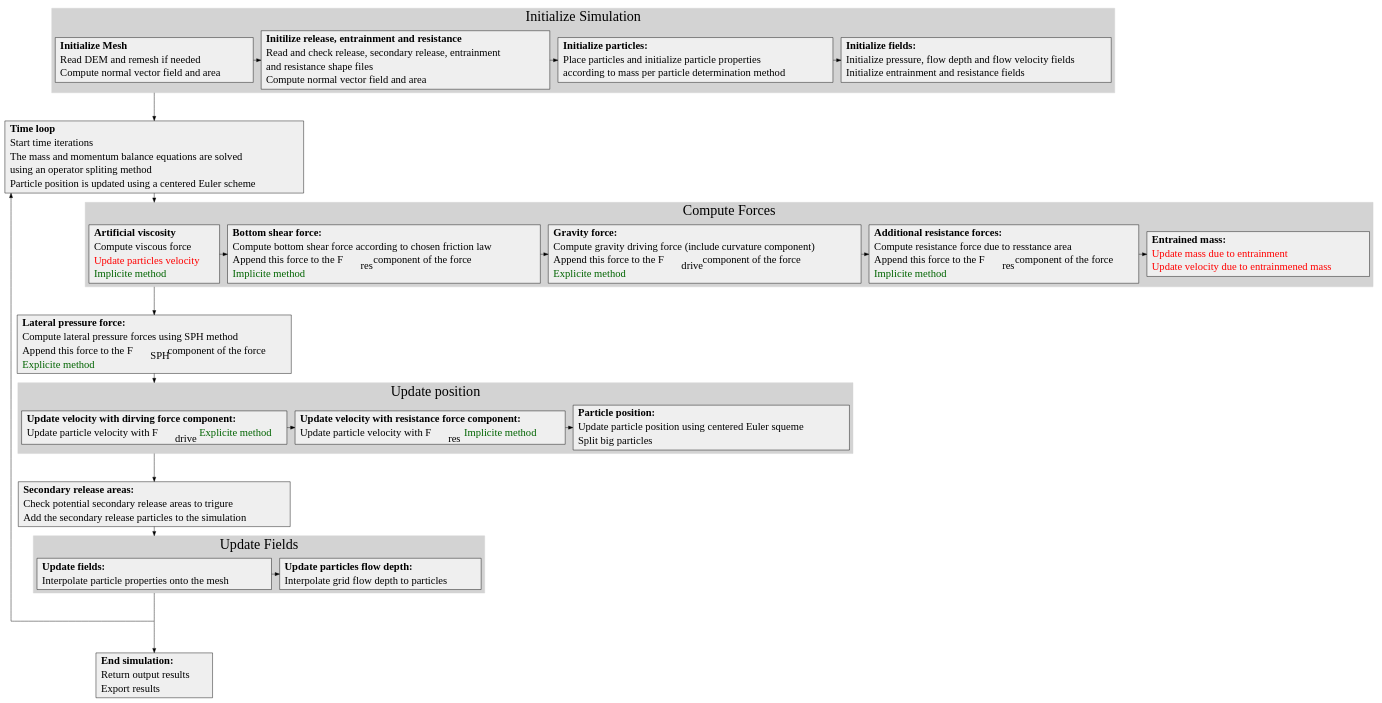
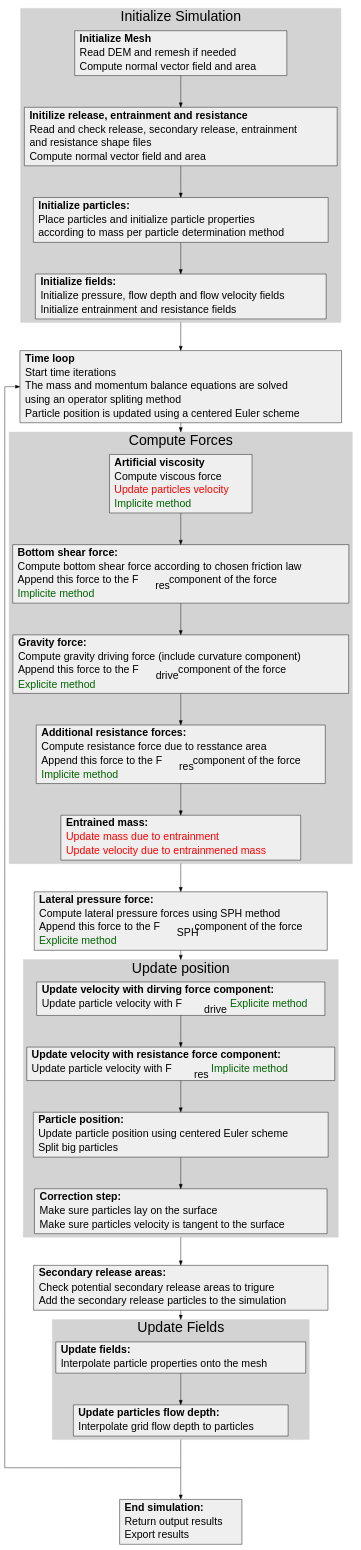
The diagram in docs/com1DFAAlgorithmGraph.dot (avaframe/AvaFrame), drawn with Graphviz before and after one commit. The commit also changed 2 other files, not shown here.

Commit message:
linear graph

```diff
--- a/docs/com1DFAAlgorithmGraph.dot
+++ b/docs/com1DFAAlgorithmGraph.dot
@@ -4,16 +4,16 @@
   newrank=true;
   size="100,100";
   rankdir="TB";
-  graph [compound=true, ranksep=1, splines=ortho, fontname="Verdana", fontsize="32"];
-  node [shape=box, style=filled, fontsize=24 fontname="Verdana" fillcolor="#efefef"];
-  edge [fontname="Sans", fontsize="18"];
+  graph [compound=true, ranksep=1, splines=ortho, fontname="helvetica", fontsize="32"];
+  node [shape=box, style=filled, fontsize=24 fontname="helvetica" fillcolor="#efefef"];
+  edge [fontname="helvetica", fontsize="18"];
 
   prepareMesh [label=<
    <table border="0" cellborder="0" cellspacing="1">
      <tr><td align="left"><b>Initialize Mesh</b></td></tr>
      <tr><td align="left">Read DEM and remesh if needed</td></tr>
      <tr><td align="left" >Compute normal vector field and area</td></tr>
-    </table>>, href="../com1DFAAlgorithm.html#initialize-mesh" tooltip="Go to: initialize mesh" target="_blank"];
+    </table>>, href="../com1DFAAlgorithm.html#initialize-mesh" tooltip="Go to: initialize mesh" target="_top"];
 
   prepareAreas [label=<
    <table border="0" cellborder="0" cellspacing="1">
@@ -105,15 +105,22 @@
   updateVelocityFrict [label=<
     <table border="0" cellborder="0" cellspacing="1">
        <tr><td align="left"><b>Update velocity with resistance force component:</b></td></tr>
-       <tr><td align="left" >Update particle velocity with F<SUB>res</SUB> <font color="darkgreen">Implicite method</font></td></tr>
+       <tr><td align="left" >Update particle velocity with F<SUB>res</SUB> <font color="darkgreen">Implicite method      </font></td></tr>
        <tr><td align="left"></td></tr>
     </table>>, href="../com1DFAAlgorithm.html#update-position" tooltip="Go to: Update Position" target="_blank"];
 
   updatePartPos [label=<
       <table border="0" cellborder="0" cellspacing="1">
        <tr><td align="left"><b>Particle position:</b></td></tr>
-       <tr><td align="left">Update particle position using centered Euler squeme</td></tr>
+       <tr><td align="left">Update particle position using centered Euler scheme</td></tr>
        <tr><td align="left">Split big particles</td></tr>
+     </table>>, href="../com1DFAAlgorithm.html#update-position" tooltip="Go to: Update Position" target="_blank"];
+
+  correctPartPos [label=<
+      <table border="0" cellborder="0" cellspacing="1">
+       <tr><td align="left"><b>Correction step:</b></td></tr>
+       <tr><td align="left">Make sure particles lay on the surface</td></tr>
+       <tr><td align="left">Make sure particles velocity is tangent to the surface</td></tr>
      </table>>, href="../com1DFAAlgorithm.html#update-position" tooltip="Go to: Update Position" target="_blank"];
 
   addSecRelease [label=<
@@ -143,8 +150,18 @@
     </table>>, href="../com1DFAAlgorithm.html#simulation-outputs" tooltip="Go to: Simulation outputs" target="_blank"];
 
 
-  /* start -> prepareMesh [lhead=cluster_initialization]; */
-  prepareMesh -> timeLoop [weight=10,ltail=cluster_initialization];
+  initializeFields -> timeLoop [weight=10,ltail=cluster_initialization];
+  timeLoop -> artifViscosity [weight=10,lhead=cluster_Forces];
+  updateMassEntr -> computeSPHForce [weight=10, ltail=cluster_Forces];
+  computeSPHForce -> updateVelocityDrive [weight=10,lhead=cluster_2];
+  correctPartPos -> addSecRelease [weight=10,ltail=cluster_2];
+  addSecRelease -> updateFields [weight=10,lhead=cluster_3];
+  updateParticlesFlowDepth -> endTimeLoop [weight=10,ltail=cluster_3, arrowhead=none];
+  endTimeLoop -> endSimulation [weight=10];
+  endTimeLoop -> timeLoop [weight=1, constraint=false];
+
+
+  /* prepareMesh -> timeLoop [weight=10,ltail=cluster_initialization];
   timeLoop -> artifViscosity [weight=10,lhead=cluster_Forces];
   artifViscosity -> computeSPHForce [weight=10, ltail=cluster_Forces];
   computeSPHForce -> updateVelocityDrive [weight=10,lhead=cluster_2];
@@ -152,45 +169,41 @@
   addSecRelease -> updateFields [weight=10,lhead=cluster_3];
   updateFields -> endTimeLoop [weight=10,ltail=cluster_3, arrowhead=none];
   endTimeLoop -> endSimulation [weight=10];
-  endTimeLoop -> timeLoop [weight=1, constraint=false];
-  /* computeFrictForce -> updateVelocityFrict[constraint=false];
-  computeResForce -> updateVelocityFrict [constraint=false];
-  computeSPHForce -> updateVelocityDrive [constraint=false];#, xlabel="add lateral pressure force \n component to the driving force"];
-  computeGravityForce -> updateVelocityDrive [constraint=false]#, xlabel="add gravity force \n component to the driving force"]; */
-
+  endTimeLoop -> timeLoop [weight=1, constraint=false]; */
 
   subgraph cluster_initialization {
-    rank=same;
+    /* rank=same; */
     style=filled;
     color=lightgrey;
-    prepareMesh -> prepareAreas
-    prepareAreas -> initializeParticles;
-    initializeParticles -> initializeFields;
+    prepareMesh -> prepareAreas[weight=10];
+    prepareAreas -> initializeParticles[weight=10];
+    initializeParticles -> initializeFields[weight=10];
     label = "Initialize Simulation";
   }
 
   subgraph cluster_Forces {
-    rank=same;
+    /* rank=same; */
     style=filled;
     color=lightgrey;
-    artifViscosity -> computeFrictForce;
-    computeFrictForce -> computeGravityForce;
-    computeGravityForce -> computeResForce;
-    computeResForce -> updateMassEntr;
+    artifViscosity -> computeFrictForce[weight=10];
+    computeFrictForce -> computeGravityForce[weight=10];
+    computeGravityForce -> computeResForce[weight=10];
+    computeResForce -> updateMassEntr[weight=10];
     label = "Compute Forces";
   }
 
   subgraph cluster_2 {
-    rank=same;
+    /* rank=same; */
     updateVelocityDrive -> updateVelocityFrict [weight=10];
     updateVelocityFrict -> updatePartPos [weight=10];
+    updatePartPos -> correctPartPos [weight=10];
     href="../com1DFAAlgorithm.html#update-position" tooltip="Go to: Update Position" target="_blank"
     label = "Update position";
     style=filled;
     color=lightgrey;
   }
   subgraph cluster_3 {
-    rank=same;
+    /* rank=same; */
     updateFields -> updateParticlesFlowDepth [weight=10];
     label = "Update Fields";
     style=filled;
```
